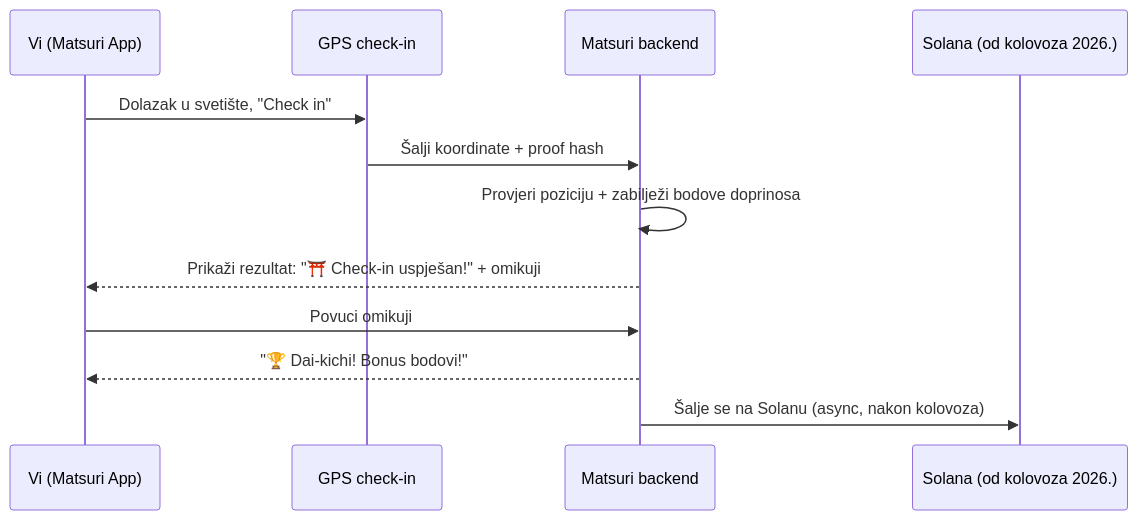
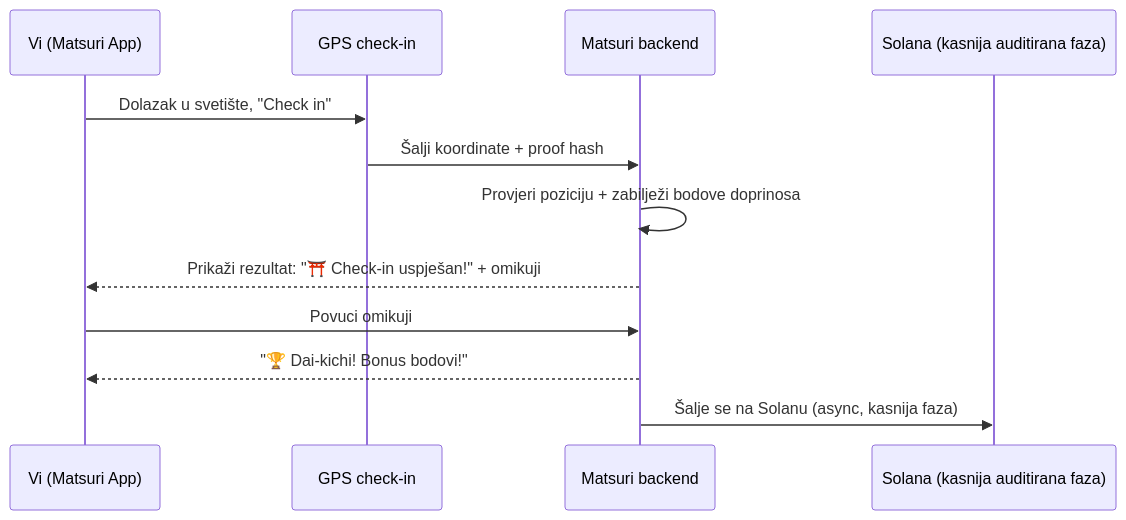
The third of 4 diagrams in i18n/hr/docusaurus-plugin-content-docs/current/04-mining.md (Cootakahashi/matsuri-dao-whitepaper), drawn with Mermaid before and after one commit. The commit also changed other lines of this file and 79 other files, not shown here.

First line of the commit message:
docs: re-sequence on-chain roadmap to match the staged Hashlock audit (20 locales)

````diff
--- a/i18n/hr/docusaurus-plugin-content-docs/current/04-mining.md
+++ b/i18n/hr/docusaurus-plugin-content-docs/current/04-mining.md
@@ -109,15 +109,15 @@
 ```mermaid
 sequenceDiagram
     participant U as Vi (Matsuri App)
     participant GPS as GPS check-in
     participant API as Matsuri backend
-    participant SC as Solana (od kolovoza 2026.)
+    participant SC as Solana (kasnija auditirana faza)
 
     U->>GPS: Dolazak u svetište, "Check in"
     GPS->>API: Šalji koordinate + proof hash
     API->>API: Provjeri poziciju + zabilježi bodove doprinosa
     API-->>U: Prikaži rezultat: "⛩️ Check-in uspješan!" + omikuji
     U->>API: Povuci omikuji
     API-->>U: "🏆 Dai-kichi! Bonus bodovi!"
-    API->>SC: Šalje se na Solanu (async, nakon kolovoza)
+    API->>SC: Šalje se na Solanu (async, kasnija faza)
 ```
````
